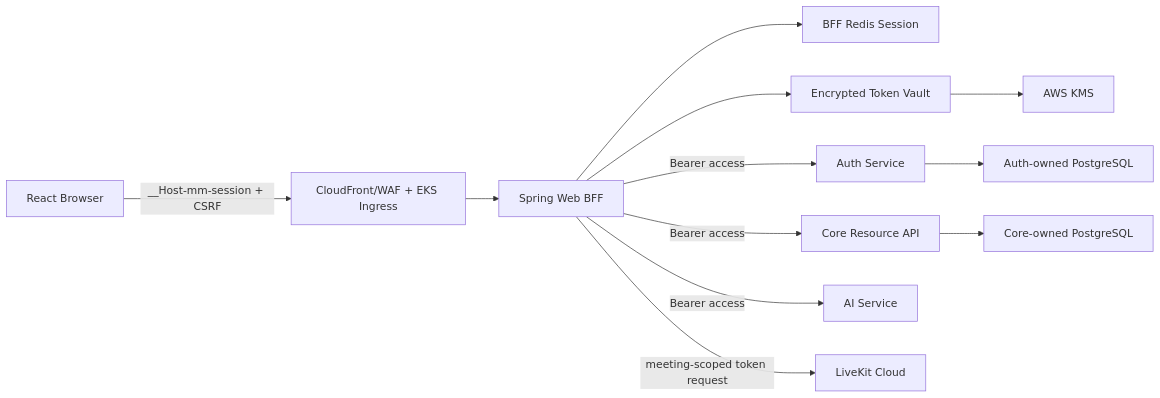
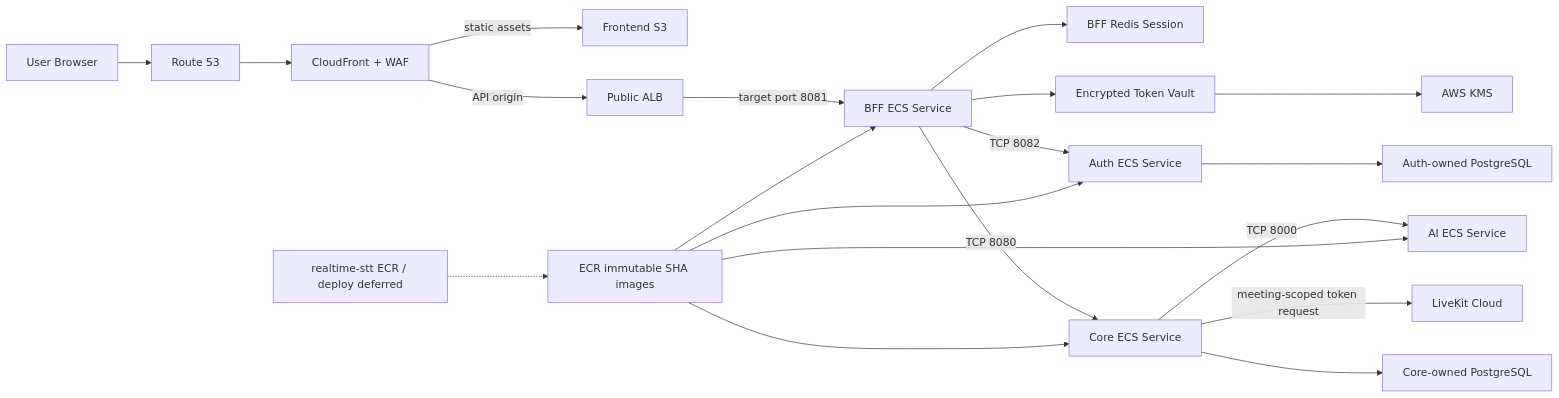
One commit to Meeting-Mind/MeetingMind changed the diagram in specs/002-bff-auth-msa/plan.md. Above: the diagram before and after it, drawn with Mermaid. The commit also changed other lines of this file and 22 other files, not shown here.

````diff
--- a/specs/002-bff-auth-msa/plan.md
+++ b/specs/002-bff-auth-msa/plan.md
@@ -32,14 +32,22 @@
 ```mermaid
 flowchart LR
-    Browser["React Browser"] -->|"__Host-mm-session + CSRF"| Edge["CloudFront/WAF + EKS Ingress"]
-    Edge --> BFF["Spring Web BFF"]
+    Browser["User Browser"] --> Route53["Route 53"]
+    Route53 --> Edge["CloudFront + WAF"]
+    Edge -->|"static assets"| S3["Frontend S3"]
+    Edge -->|"API origin"| ALB["Public ALB"]
+    ALB -->|"target port 8081"| BFF["BFF ECS Service"]
     BFF --> Session["BFF Redis Session"]
     BFF --> Vault["Encrypted Token Vault"]
-    BFF -->|"Bearer access"| Auth["Auth Service"]
-    BFF -->|"Bearer access"| Core["Core Resource API"]
-    BFF -->|"Bearer access"| AI["AI Service"]
-    BFF -->|"meeting-scoped token request"| LiveKit["LiveKit Cloud"]
+    BFF -->|"TCP 8082"| Auth["Auth ECS Service"]
+    BFF -->|"TCP 8080"| Core["Core ECS Service"]
+    Core -->|"TCP 8000"| AI["AI ECS Service"]
+    Core -->|"meeting-scoped token request"| LiveKit["LiveKit Cloud"]
     Auth --> AuthDb["Auth-owned PostgreSQL"]
     Core --> CoreDb["Core-owned PostgreSQL"]
     Vault --> Kms["AWS KMS"]
+    ECR["ECR immutable SHA images"] --> BFF
+    ECR --> Auth
+    ECR --> Core
+    ECR --> AI
+    Deferred["realtime-stt ECR / deploy deferred"] -.-> ECR
 ```
````
